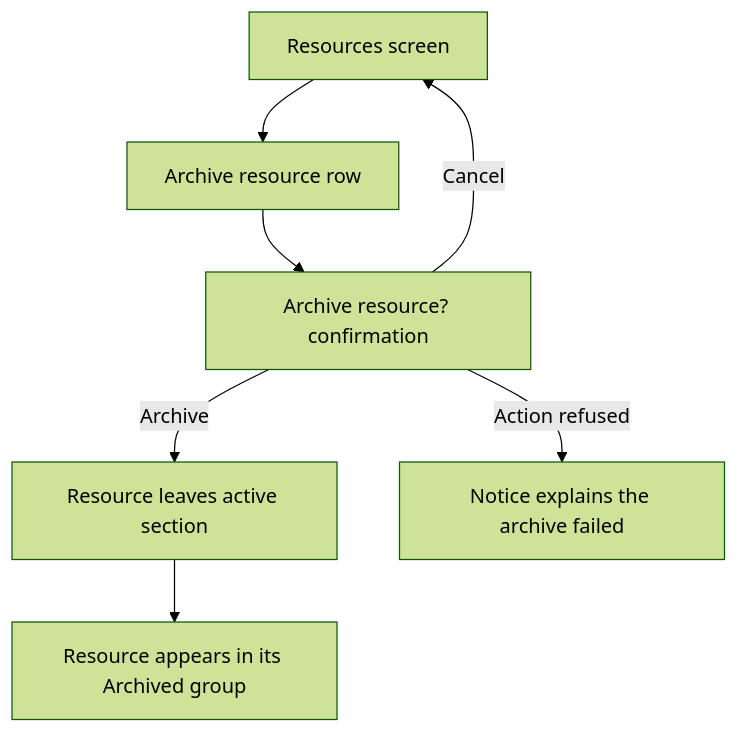
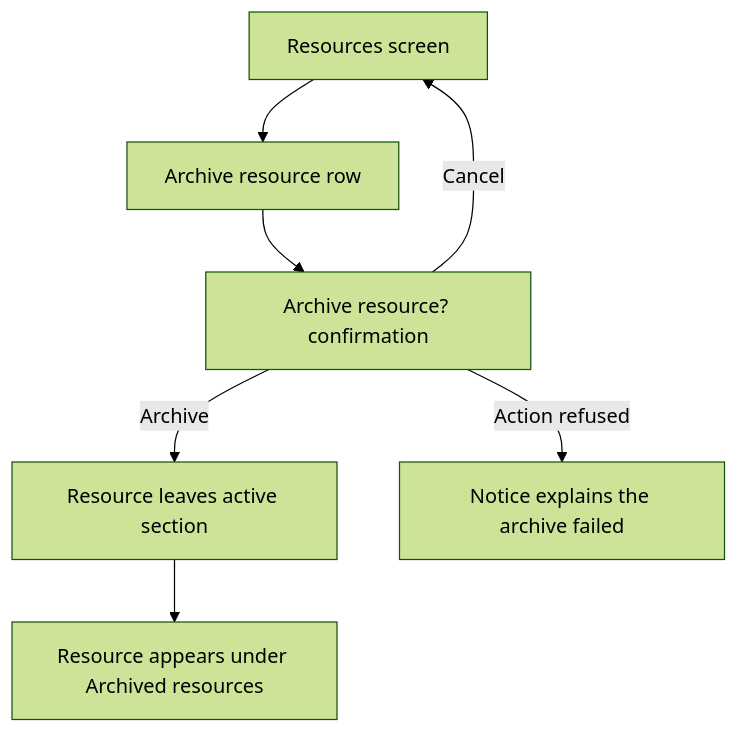
One commit to Kevinjohn/capacitylens changed the first of 2 diagrams in user-stories/resources/US-RES-04-archive-resource.md. Above: the diagram before and after it, drawn with Mermaid (forest theme). The commit also changed other lines of this file and 119 other files, not shown here.

First line of the commit message:
docs: correct story text and flow diagrams against current source

````diff
--- a/user-stories/resources/US-RES-04-archive-resource.md
+++ b/user-stories/resources/US-RES-04-archive-resource.md
@@ -20,7 +21,7 @@
 ```mermaid
 flowchart TD
   A["Resources screen"] --> B["Archive resource row"] --> C["Archive resource? confirmation"]
   C -->|Cancel| A
-  C -->|Archive| D["Resource leaves active section"] --> E["Resource appears in its Archived group"]
+  C -->|Archive| D["Resource leaves active section"] --> E["Resource appears under Archived resources"]
   C -->|Action refused| F["Notice explains the archive failed"]
 ```
````
